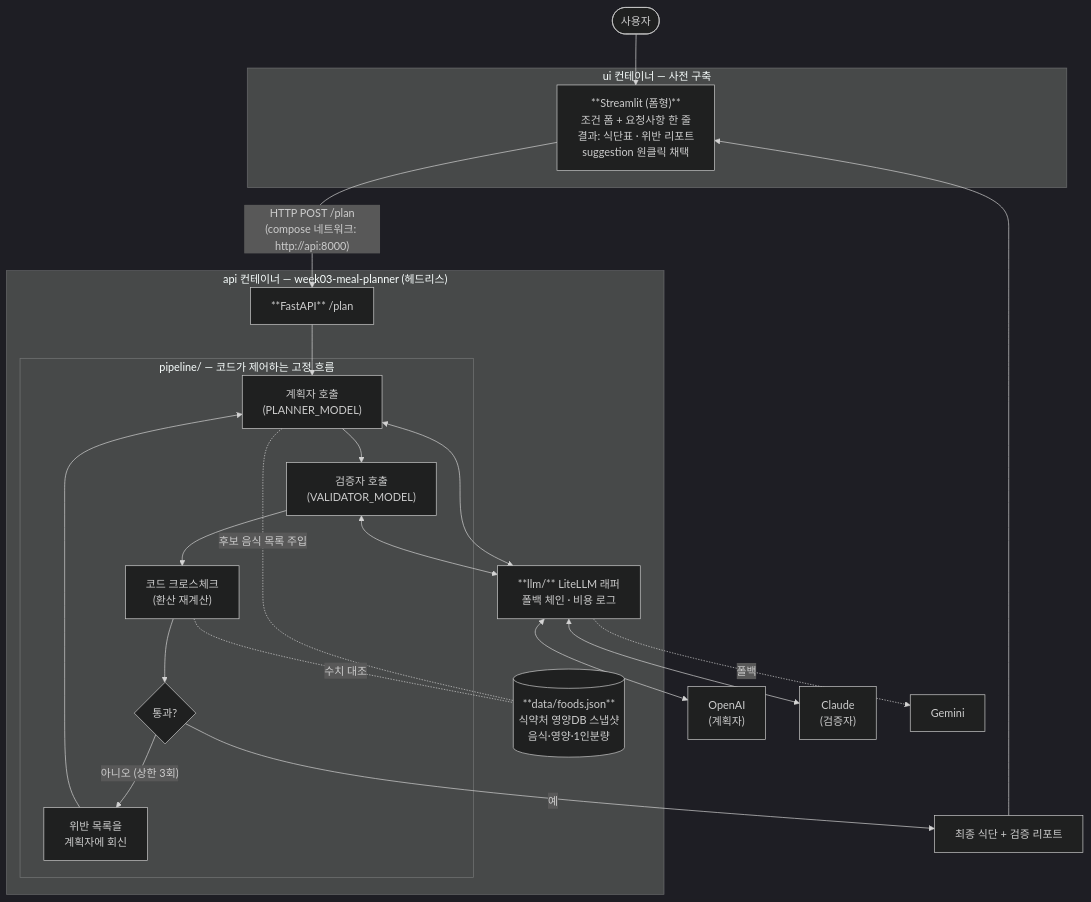
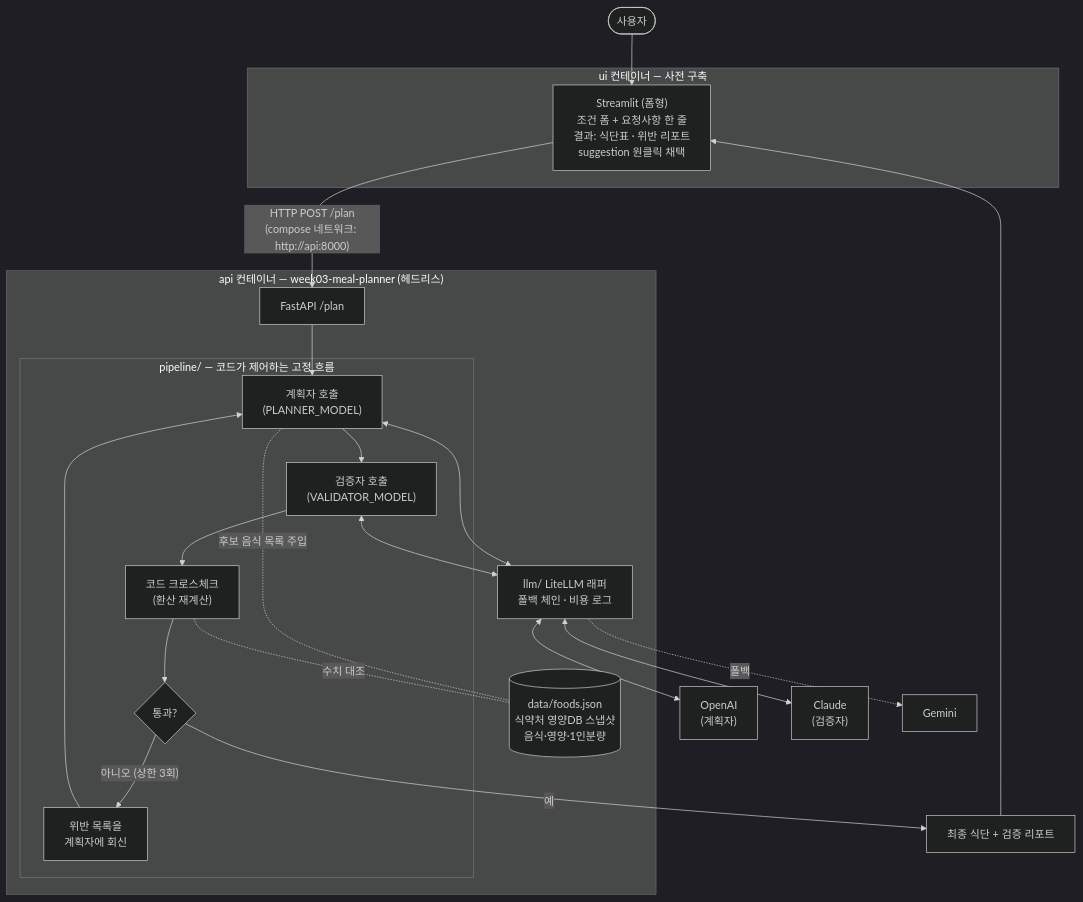
The second of 9 diagrams in site/src/content/courses/ko/session-03.mdx (2026-ai-service-engineering-a/ai_service_engineering-track_a), drawn with Mermaid (dark theme) before and after one commit. The commit also changed other lines of this file, not shown here.

````diff
--- a/site/src/content/courses/ko/session-03.mdx
+++ b/site/src/content/courses/ko/session-03.mdx
@@ -125,40 +128,40 @@
 ```mermaid
 flowchart TB
     U(["사용자"]) --> UIS
 
     subgraph uibox["ui 컨테이너 — 사전 구축"]
-        UIS["**Streamlit (폼형)**<br/>조건 폼 + 요청사항 한 줄<br/>결과: 식단표 · 위반 리포트<br/>suggestion 원클릭 채택"]
+        UIS["Streamlit (폼형)<br/>조건 폼 + 요청사항 한 줄<br/>결과: 식단표 · 위반 리포트<br/>suggestion 원클릭 채택"]
     end
 
     UIS -->|"HTTP POST /plan<br/>(compose 네트워크: http://api:8000)"| API
 
     subgraph app["api 컨테이너 — week03-meal-planner (헤드리스)"]
-        API["**FastAPI** /plan"]
+        API["FastAPI /plan"]
 
         subgraph pipeline["pipeline/ — 코드가 제어하는 고정 흐름"]
             P["계획자 호출<br/>(PLANNER_MODEL)"]
             V["검증자 호출<br/>(VALIDATOR_MODEL)"]
             X["코드 크로스체크<br/>(환산 재계산)"]
             D{"통과?"}
             RV["위반 목록을<br/>계획자에 회신"]
         end
 
-        LLMW["**llm/** LiteLLM 래퍼<br/>폴백 체인 · 비용 로그"]
-        DATA[("**data/foods.json**<br/>식약처 영양DB 스냅샷<br/>음식·영양·1인분량")]
+        LLMW["llm/ LiteLLM 래퍼<br/>폴백 체인 · 비용 로그"]
+        DATA[("data/foods.json<br/>식약처 영양DB 스냅샷<br/>음식·영양·1인분량")]
     end
 
     API --> P
     P --> V --> X --> D
     D -- "아니오 (상한 3회)" --> RV --> P
     D -- 예 --> OUT["최종 식단 + 검증 리포트"]
     OUT --> UIS
 
     P <--> LLMW
     V <--> LLMW
     P -. "후보 음식 목록 주입" .- DATA
     X -. "수치 대조" .- DATA
 
     LLMW <--> OAI["OpenAI<br/>(계획자)"]
     LLMW <--> ANT["Claude<br/>(검증자)"]
     LLMW -. "폴백" .-> GEM["Gemini"]
 ```
````
